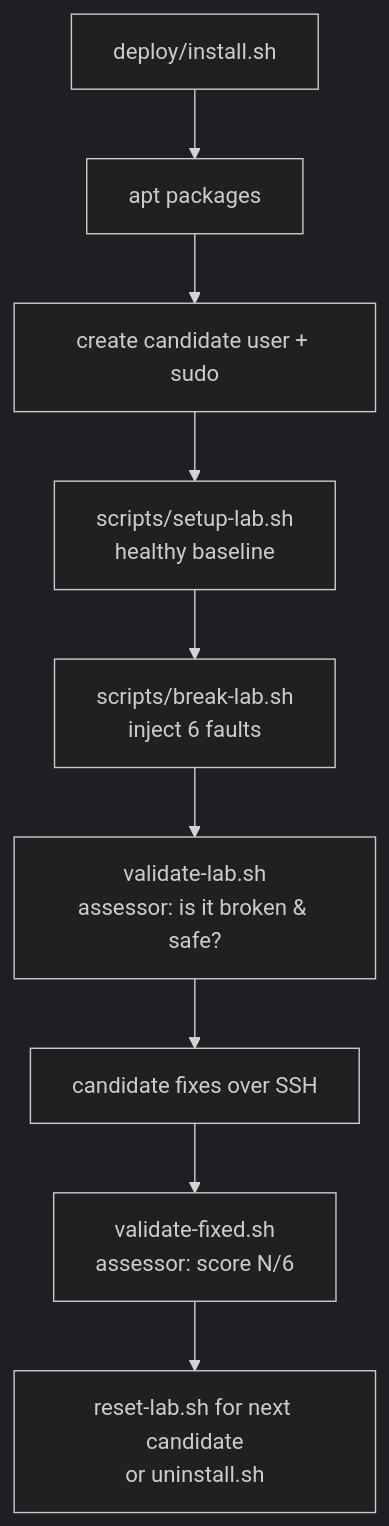
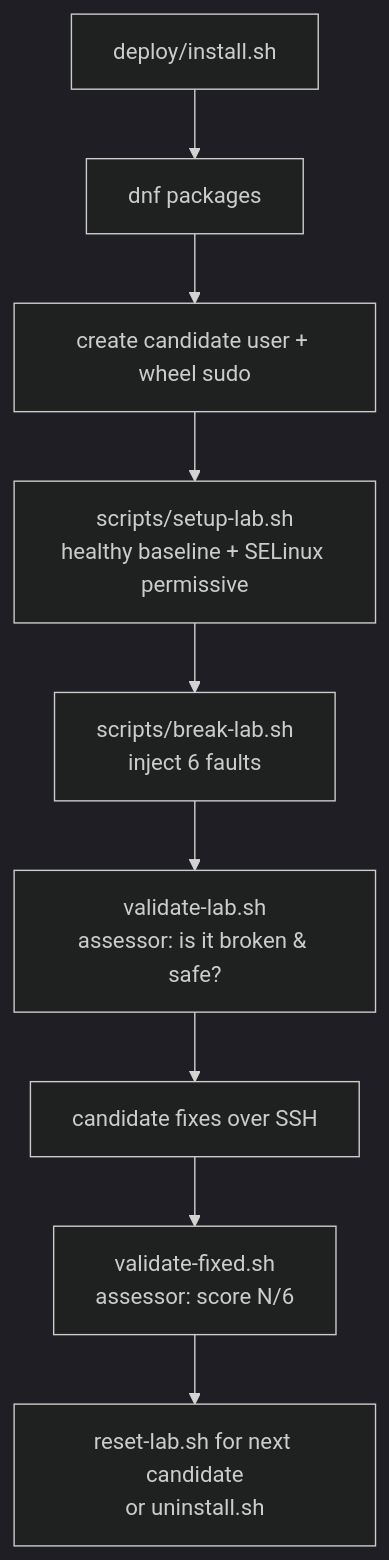
One commit to korkibucek/interview-lab-v2 changed the diagram in docs/ARCHITECTURE.md. Above: the diagram before and after it, drawn with Mermaid (dark theme). The commit also changed other lines of this file and 22 other files, not shown here.

````diff
--- a/docs/ARCHITECTURE.md
+++ b/docs/ARCHITECTURE.md
@@ -41,11 +41,11 @@
 ```mermaid
 flowchart TD
-  A[deploy/install.sh] --> B[apt packages]
-  B --> C[create candidate user + sudo]
-  C --> D[scripts/setup-lab.sh<br/>healthy baseline]
+  A[deploy/install.sh] --> B[dnf packages]
+  B --> C[create candidate user + wheel sudo]
+  C --> D[scripts/setup-lab.sh<br/>healthy baseline + SELinux permissive]
   D --> E[scripts/break-lab.sh<br/>inject 6 faults]
   E --> F[validate-lab.sh<br/>assessor: is it broken & safe?]
   F --> G[candidate fixes over SSH]
   G --> H[validate-fixed.sh<br/>assessor: score N/6]
   H --> I[reset-lab.sh for next candidate<br/>or uninstall.sh]
 ```
````
